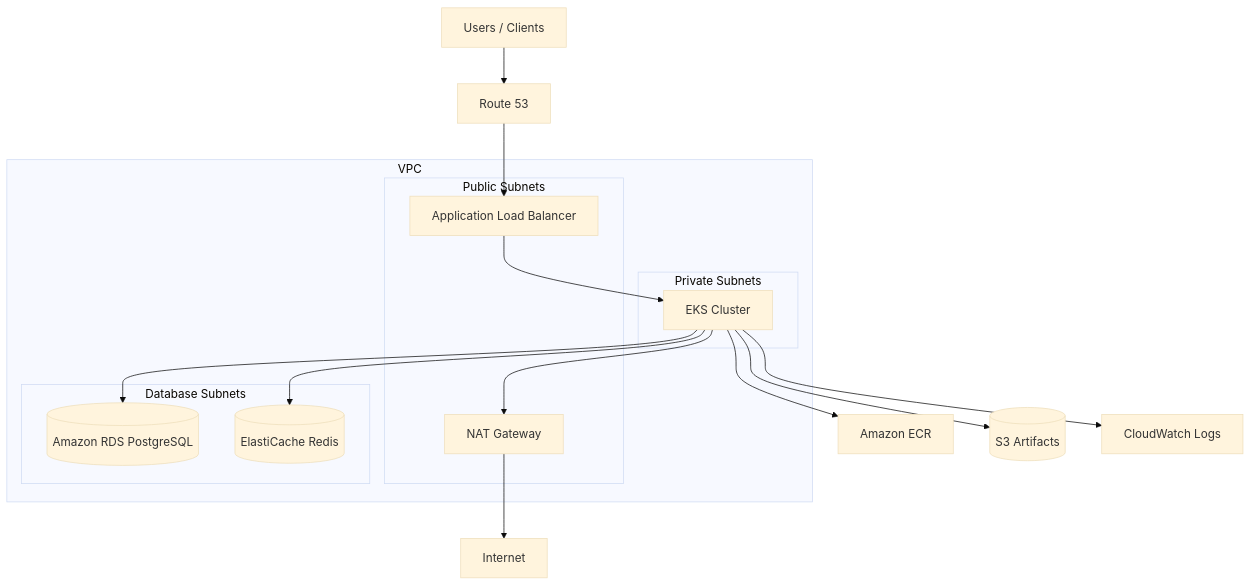
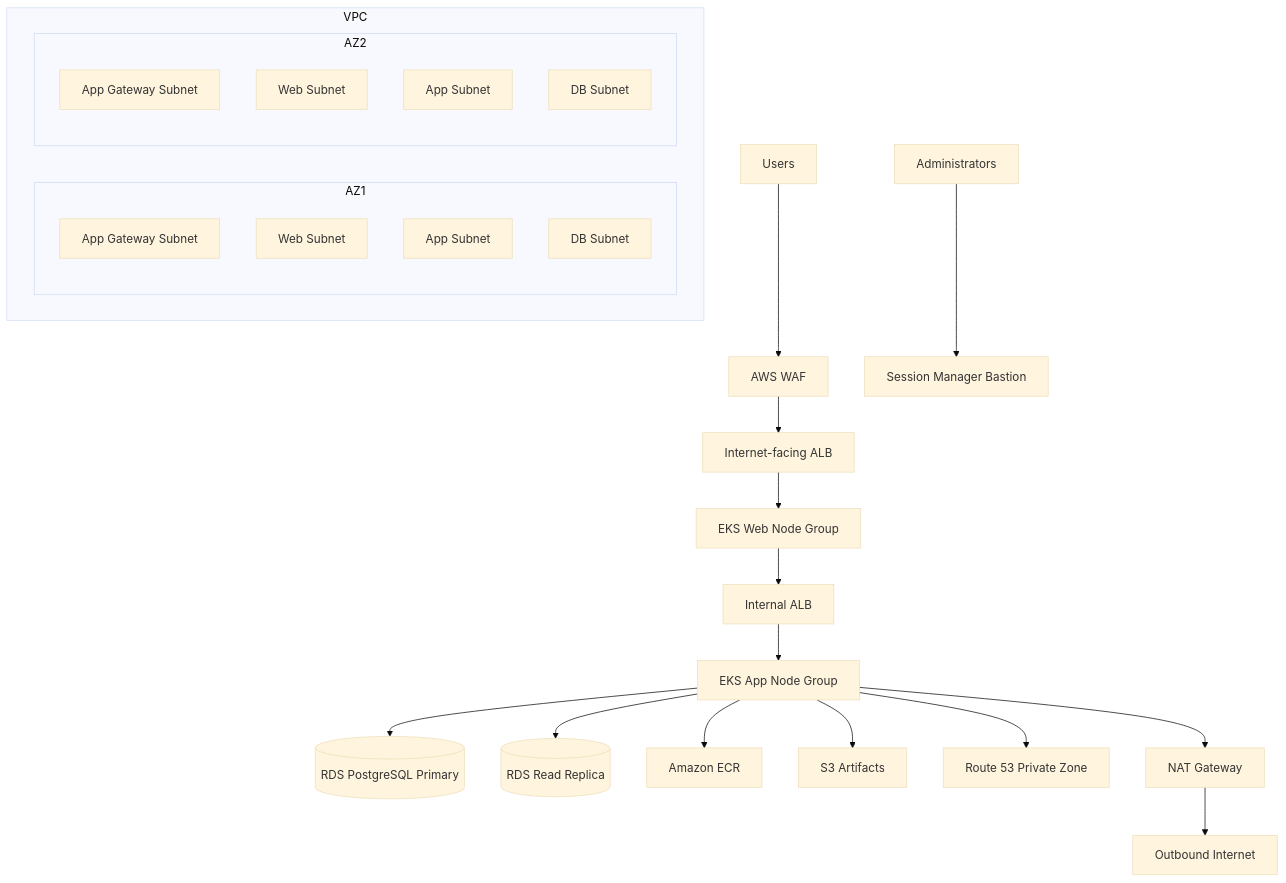
One commit to Joshuaoji/AI-DevOps-Kubernetes-Agent-Infra changed the diagram in README.md. Above: the diagram before and after it, drawn with Mermaid (base theme). The commit also changed other lines of this file and 30 other files, not shown here.

First line of the commit message:
Align AWS EKS stack with three-tier Azure reference architecture

````diff
--- a/README.md
+++ b/README.md
@@ -9,28 +24,31 @@
 ```mermaid
 flowchart TB
-    Users[Users / Clients] --> Route53[Route 53]
-    Route53 --> ALB[Application Load Balancer]
-    ALB --> EKS[EKS Cluster]
-    EKS --> ECR[Amazon ECR]
-    EKS --> RDS[(Amazon RDS PostgreSQL)]
-    EKS --> Redis[(ElastiCache Redis)]
-    EKS --> S3[(S3 Artifacts)]
-    EKS --> CW[CloudWatch Logs]
+    Users[Users] --> WAF[AWS WAF]
+    WAF --> PublicALB[Internet-facing ALB]
+    PublicALB --> WebEKS[EKS Web Node Group]
+    WebEKS --> InternalALB[Internal ALB]
+    InternalALB --> AppEKS[EKS App Node Group]
+    AppEKS --> RDSPrimary[(RDS PostgreSQL Primary)]
+    AppEKS --> RDSReplica[(RDS Read Replica)]
+    AppEKS --> ECR[Amazon ECR]
+    AppEKS --> S3[S3 Artifacts]
+    AppEKS --> PrivateDNS[Route 53 Private Zone]
+    Admin[Administrators] --> Bastion[Session Manager Bastion]
+    AppEKS --> NAT[NAT Gateway]
+    NAT --> Internet[Outbound Internet]
 
     subgraph VPC
-        subgraph Public Subnets
-            ALB
-            NAT[NAT Gateway]
+        subgraph AZ1
+            AppGW1[App Gateway Subnet]
+            Web1[Web Subnet]
+            App1[App Subnet]
+            DB1[DB Subnet]
         end
-        subgraph Private Subnets
-            EKS
-        end
-        subgraph Database Subnets
-            RDS
-            Redis
+        subgraph AZ2
+            AppGW2[App Gateway Subnet]
+            Web2[Web Subnet]
+            App2[App Subnet]
+            DB2[DB Subnet]
         end
     end
-
-    EKS --> NAT
-    NAT --> Internet[Internet]
 ```
````
